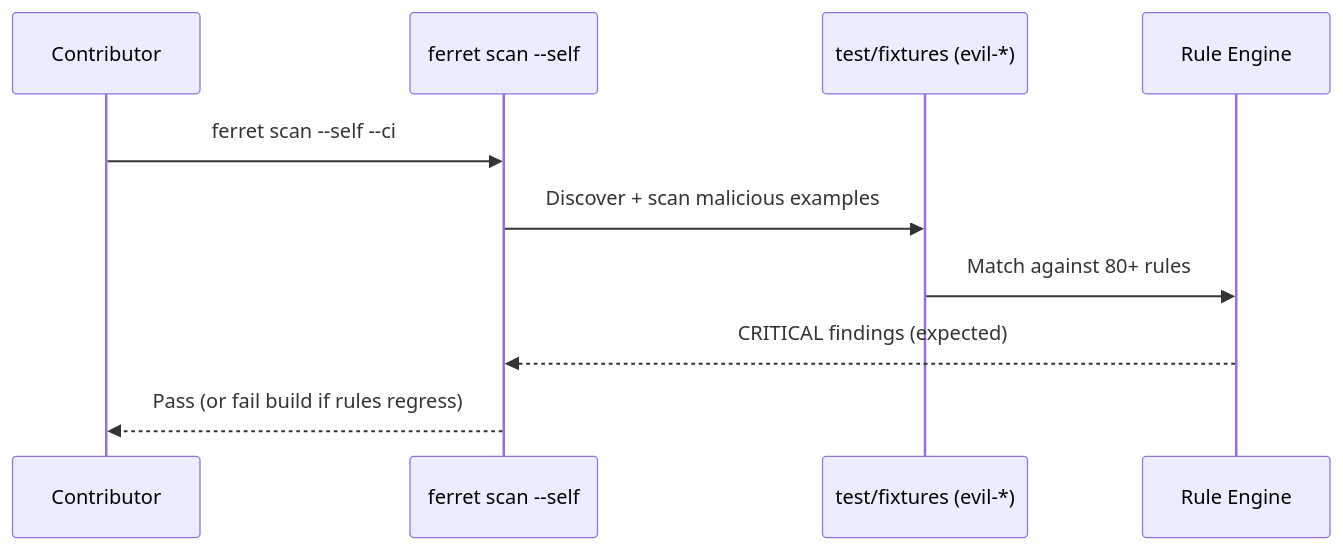
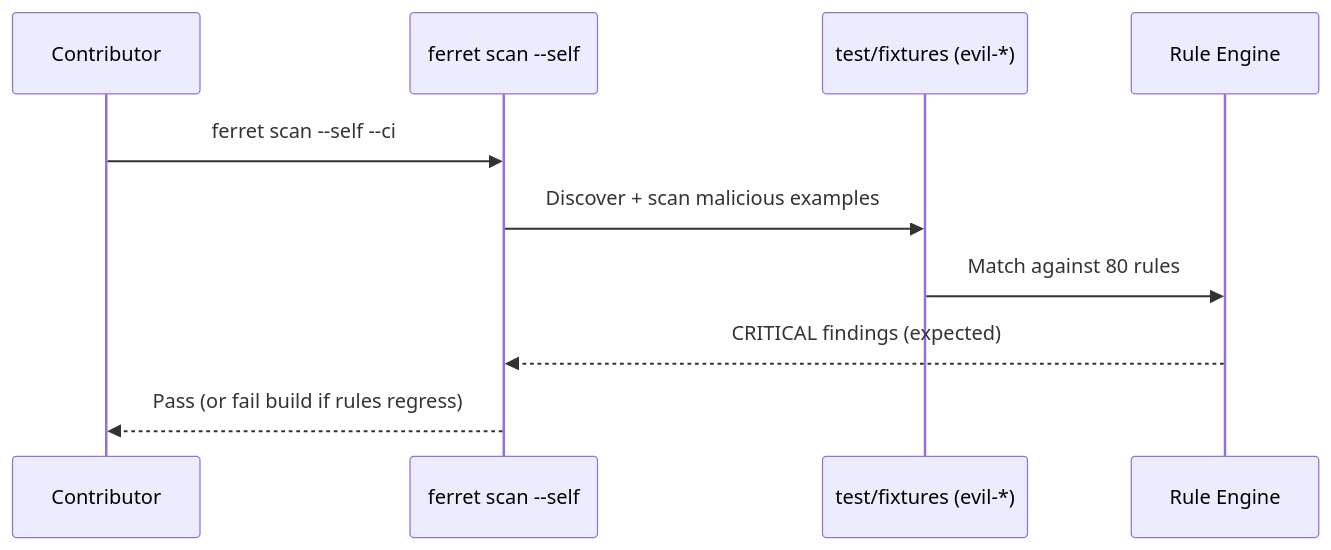
One commit to fubak/ferret-scan changed the second of 4 diagrams in docs/architecture.md. Above: the diagram before and after it, drawn with Mermaid. The commit also changed other lines of this file and 7 other files, not shown here.

````diff
--- a/docs/architecture.md
+++ b/docs/architecture.md
@@ -80,13 +83,13 @@
 ```mermaid
 sequenceDiagram
     participant Dev as Contributor
     participant CLI as ferret scan --self
     participant Fixtures as test/fixtures (evil-*)
     participant Rules as Rule Engine
 
     Dev->>CLI: ferret scan --self --ci
     CLI->>Fixtures: Discover + scan malicious examples
-    Fixtures->>Rules: Match against 80+ rules
+    Fixtures->>Rules: Match against 80 rules
     Rules-->>CLI: CRITICAL findings (expected)
     CLI-->>Dev: Pass (or fail build if rules regress)
 ```
````
